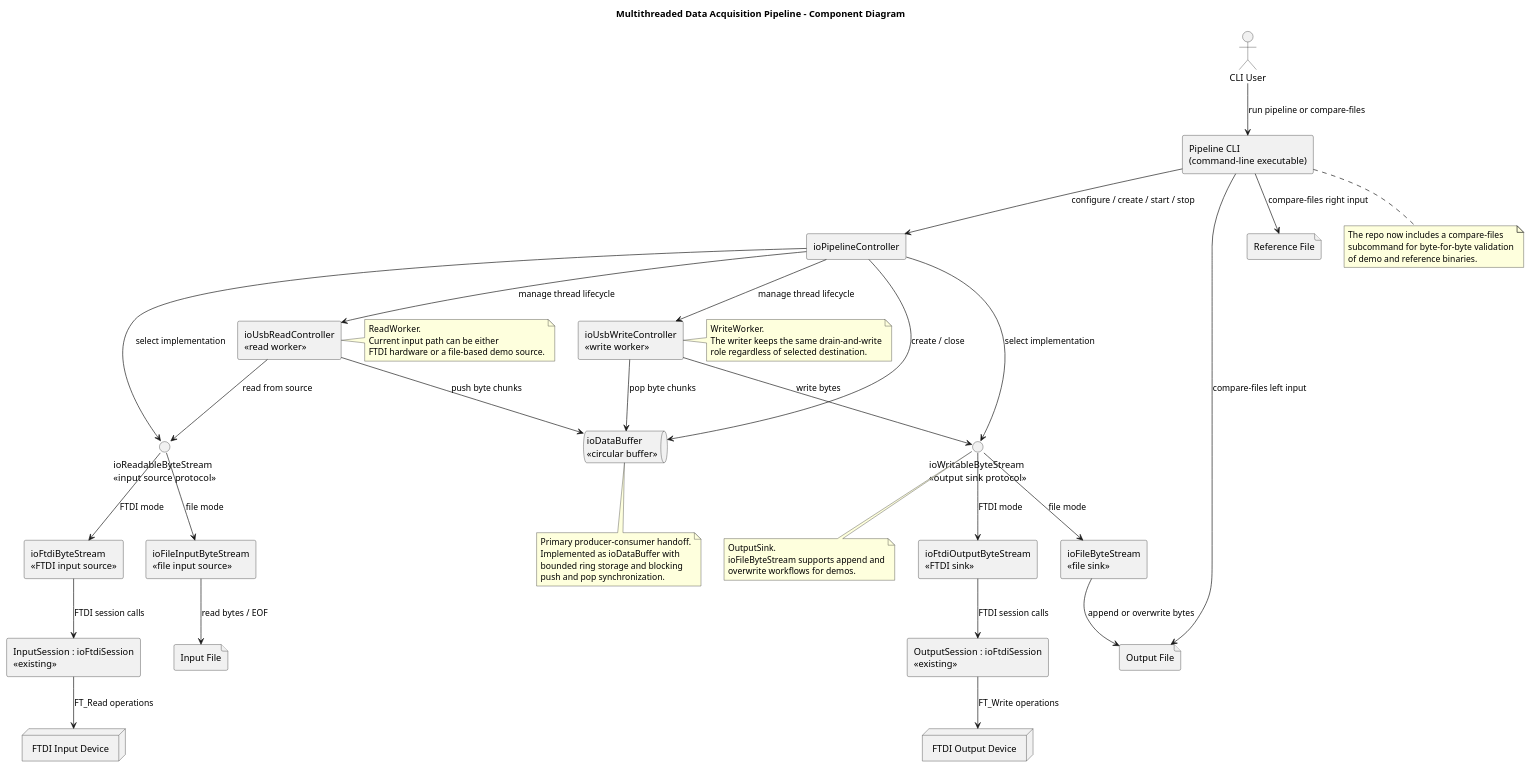
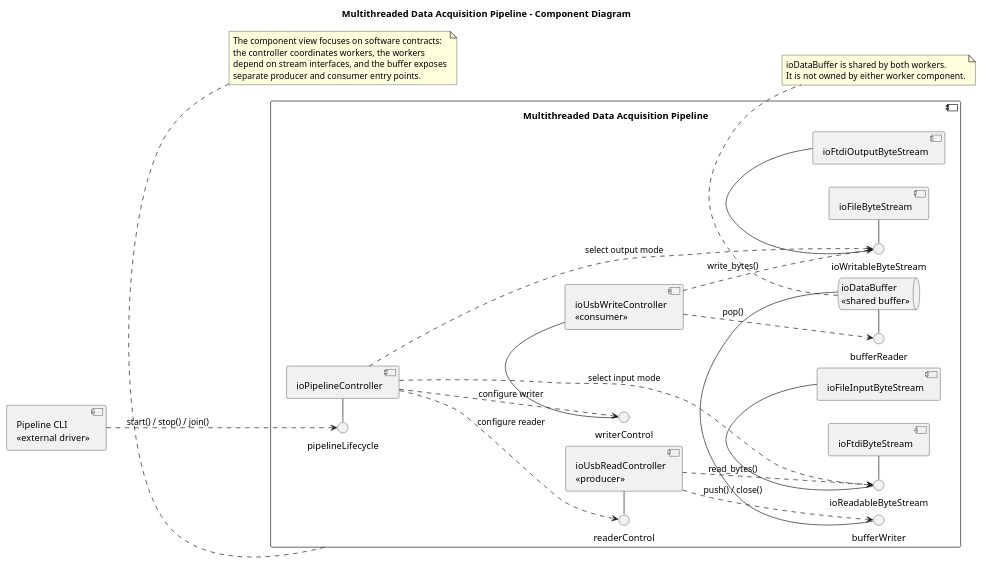
One commit to jcwilson11/FTDI-Oscilloscope changed the diagram in docs/plantuml/multithreaded_pipeline_component.puml. Above: the diagram before and after it, drawn with PlantUML. The commit also changed 5 other files, not shown here.

Commit message:
updated component diagram

```diff
--- a/docs/plantuml/multithreaded_pipeline_component.puml
+++ b/docs/plantuml/multithreaded_pipeline_component.puml
@@ -1,88 +1,62 @@
 @startuml
 title Multithreaded Data Acquisition Pipeline - Component Diagram
 
-skinparam componentStyle rectangle
+left to right direction
 skinparam shadowing false
+skinparam componentStyle uml2
 
-actor "CLI User" as User
-component "Pipeline CLI\n(command-line executable)" as CLI
-component "ioPipelineController" as Controller
-component "ioUsbReadController\n<<read worker>>" as ReadWorker
-queue "ioDataBuffer\n<<circular buffer>>" as CircularBuffer
-component "ioUsbWriteController\n<<write worker>>" as WriteWorker
+component "Pipeline CLI\n<<external driver>>" as CLI
 
-interface "ioReadableByteStream\n<<input source protocol>>" as InputSource
-component "ioFileInputByteStream\n<<file input source>>" as FileInput
-component "ioFtdiByteStream\n<<FTDI input source>>" as FtdiInput
+component "Multithreaded Data Acquisition Pipeline" as Pipeline {
+  component "ioPipelineController" as Controller
+  component "ioUsbReadController\n<<producer>>" as ReadWorker
+  queue "ioDataBuffer\n<<shared buffer>>" as Buffer
+  component "ioUsbWriteController\n<<consumer>>" as WriteWorker
 
-interface "ioWritableByteStream\n<<output sink protocol>>" as OutputSink
-component "ioFileByteStream\n<<file sink>>" as FileSink
-component "ioFtdiOutputByteStream\n<<FTDI sink>>" as FtdiSink
+  component "ioFileInputByteStream" as FileInput
+  component "ioFtdiByteStream" as FtdiInput
+  component "ioFileByteStream" as FileSink
+  component "ioFtdiOutputByteStream" as FtdiSink
 
-component "InputSession : ioFtdiSession\n<<existing>>" as InputSession
-component "OutputSession : ioFtdiSession\n<<existing>>" as OutputSession
-node "FTDI Input Device" as InputDevice
-node "FTDI Output Device" as OutputDevice
-file "Input File" as InputFile
-file "Output File" as OutputFile
-file "Reference File" as ReferenceFile
+  () "pipelineLifecycle" as PipelineLifecycle
+  () "readerControl" as ReaderControl
+  () "writerControl" as WriterControl
+  () "ioReadableByteStream" as ReadableContract
+  () "bufferWriter" as BufferWriter
+  () "bufferReader" as BufferReader
+  () "ioWritableByteStream" as WritableContract
+}
 
-User --> CLI : run pipeline or compare-files
-CLI --> Controller : configure / create / start / stop
-CLI --> OutputFile : compare-files left input
-CLI --> ReferenceFile : compare-files right input
+PipelineLifecycle - Controller
+ReaderControl - ReadWorker
+WriterControl - WriteWorker
+ReadableContract - FileInput
+ReadableContract - FtdiInput
+BufferWriter - Buffer
+BufferReader - Buffer
+WritableContract - FileSink
+WritableContract - FtdiSink
 
-Controller --> ReadWorker : manage thread lifecycle
-Controller --> WriteWorker : manage thread lifecycle
-Controller --> CircularBuffer : create / close
-Controller --> InputSource : select implementation
-Controller --> OutputSink : select implementation
+CLI ..> PipelineLifecycle : start() / stop() / join()
+Controller ..> ReaderControl : configure reader
+Controller ..> WriterControl : configure writer
+Controller ..> ReadableContract : select input mode
+Controller ..> WritableContract : select output mode
 
-ReadWorker --> InputSource : read from source
-InputSource --> FileInput : file mode
-InputSource --> FtdiInput : FTDI mode
-FileInput --> InputFile : read bytes / EOF
-FtdiInput --> InputSession : FTDI session calls
-InputSession --> InputDevice : FT_Read operations
+ReadWorker ..> ReadableContract : read_bytes()
+ReadWorker ..> BufferWriter : push() / close()
+WriteWorker ..> BufferReader : pop()
+WriteWorker ..> WritableContract : write_bytes()
 
-ReadWorker --> CircularBuffer : push byte chunks
-WriteWorker --> CircularBuffer : pop byte chunks
-WriteWorker --> OutputSink : write bytes
-
-OutputSink --> FileSink : file mode
-OutputSink --> FtdiSink : FTDI mode
-FileSink --> OutputFile : append or overwrite bytes
-FtdiSink --> OutputSession : FTDI session calls
-OutputSession --> OutputDevice : FT_Write operations
-
-note right of ReadWorker
-ReadWorker.
-Current input path can be either
-FTDI hardware or a file-based demo source.
+note bottom of Pipeline
+The component view focuses on software contracts:
+the controller coordinates workers, the workers
+depend on stream interfaces, and the buffer exposes
+separate producer and consumer entry points.
 end note
 
-note bottom of CircularBuffer
-Primary producer-consumer handoff.
-Implemented as ioDataBuffer with
-bounded ring storage and blocking
-push and pop synchronization.
-end note
-
-note right of WriteWorker
-WriteWorker.
-The writer keeps the same drain-and-write
-role regardless of selected destination.
-end note
-
-note bottom of CLI
-The repo now includes a compare-files
-subcommand for byte-for-byte validation
-of demo and reference binaries.
-end note
-
-note bottom of OutputSink
-OutputSink.
-ioFileByteStream supports append and
-overwrite workflows for demos.
+note bottom of Buffer
+ioDataBuffer is shared by both workers.
+It is not owned by either worker component.
 end note
 @enduml
```
